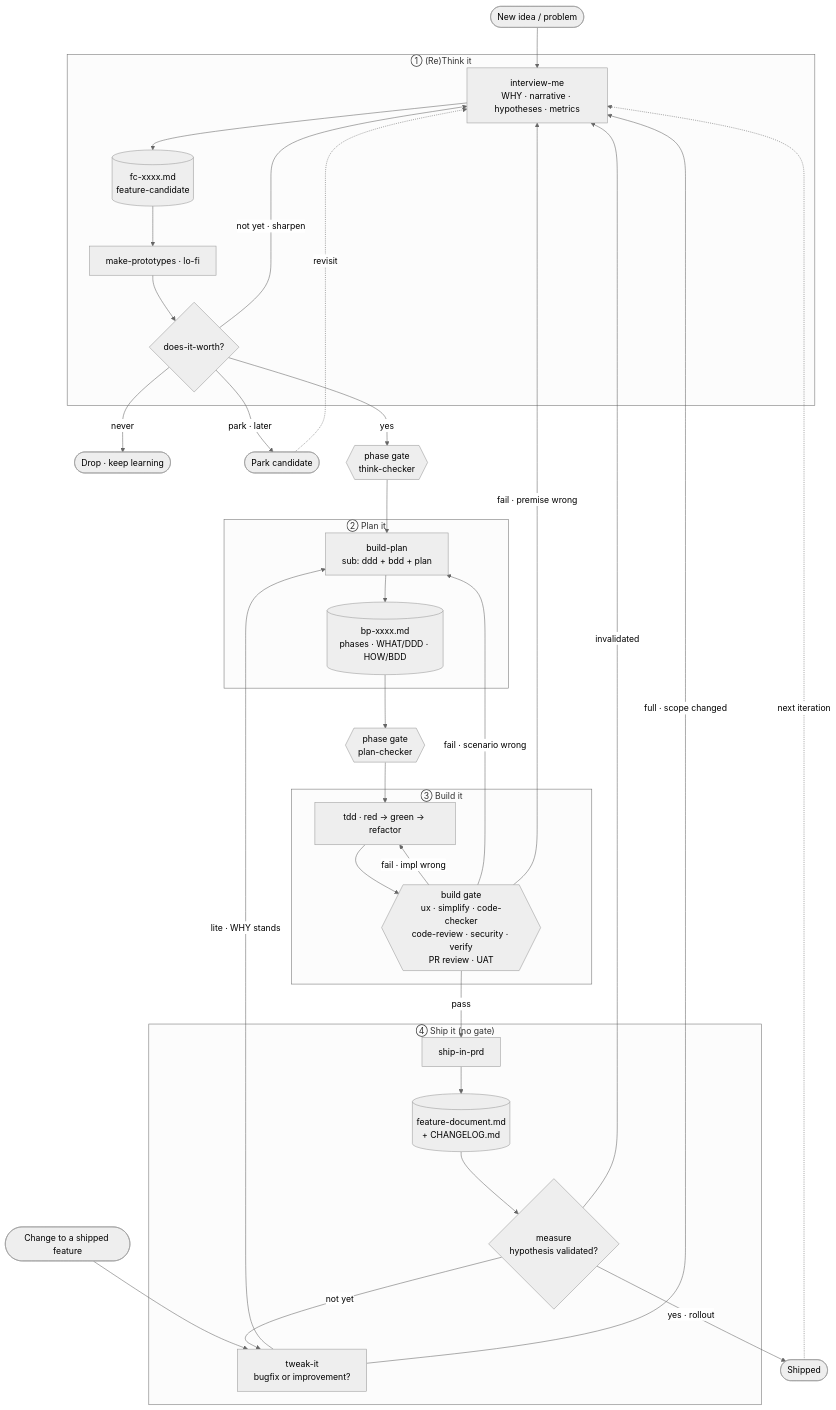
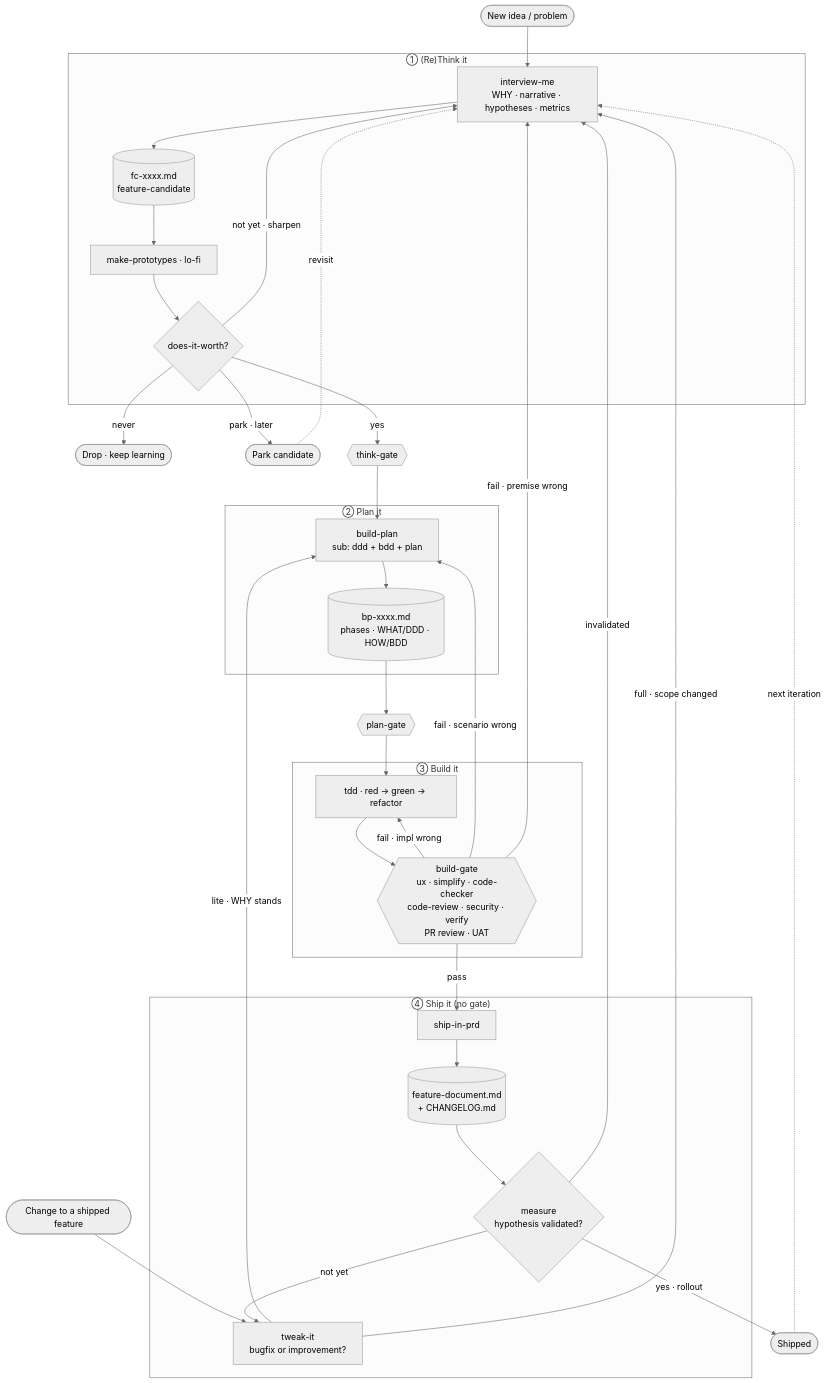
The second of 2 diagrams in _brainstorm.md (giovannibeltrame/buildloop), drawn with Mermaid (neutral theme) before and after one commit. The commit also changed other lines of this file, not shown here.

````diff
--- a/_brainstorm.md
+++ b/_brainstorm.md
@@ -128,47 +128,47 @@
 ```mermaid
 flowchart TD
     NEW([New idea / problem]) --> IM
     CHG([Change to a shipped feature]) --> TI
 
     subgraph RT["① (Re)Think it"]
         IM[interview-me<br/>WHY · narrative · hypotheses · metrics] --> FC[(fc-xxxx.md<br/>feature-candidate)]
         FC --> MP[make-prototypes · lo-fi]
         MP --> DIW{does-it-worth?}
     end
 
     DIW -->|never| DROP([Drop · keep learning])
     DIW -->|not yet · sharpen| IM
     DIW -->|park · later| PARK([Park candidate])
-    DIW -->|yes| TKC{{phase gate<br/>think-checker}}
+    DIW -->|yes| TKC{{think-gate}}
     PARK -.revisit.-> IM
 
     TKC --> BPL
 
     subgraph PL["② Plan it"]
         BPL[build-plan<br/>sub: ddd + bdd + plan] --> BP[(bp-xxxx.md<br/>phases · WHAT/DDD · HOW/BDD)]
     end
 
-    BP --> PLC{{phase gate<br/>plan-checker}}
+    BP --> PLC{{plan-gate}}
     PLC --> TDD
 
     subgraph BT["③ Build it"]
-        TDD[tdd · red → green → refactor] --> BG{{build gate<br/>ux · simplify · code-checker<br/>code-review · security · verify<br/>PR review · UAT}}
+        TDD[tdd · red → green → refactor] --> BG{{build-gate<br/>ux · simplify · code-checker<br/>code-review · security · verify<br/>PR review · UAT}}
         BG -->|fail · impl wrong| TDD
     end
 
     BG -->|fail · scenario wrong| BPL
     BG -->|fail · premise wrong| IM
     BG -->|pass| BIP
 
     subgraph SH["④ Ship it (no gate)"]
         BIP[ship-in-prd] --> FD[(feature-document.md<br/>+ CHANGELOG.md)]
         FD --> MEAS{measure<br/>hypothesis validated?}
         MEAS -->|not yet| TI[tweak-it<br/>bugfix or improvement?]
     end
 
     MEAS -->|yes · rollout| DONE([Shipped])
     MEAS -->|invalidated| IM
     TI -->|lite · WHY stands| BPL
     TI -->|full · scope changed| IM
     DONE -.next iteration.-> IM
 ```
````
